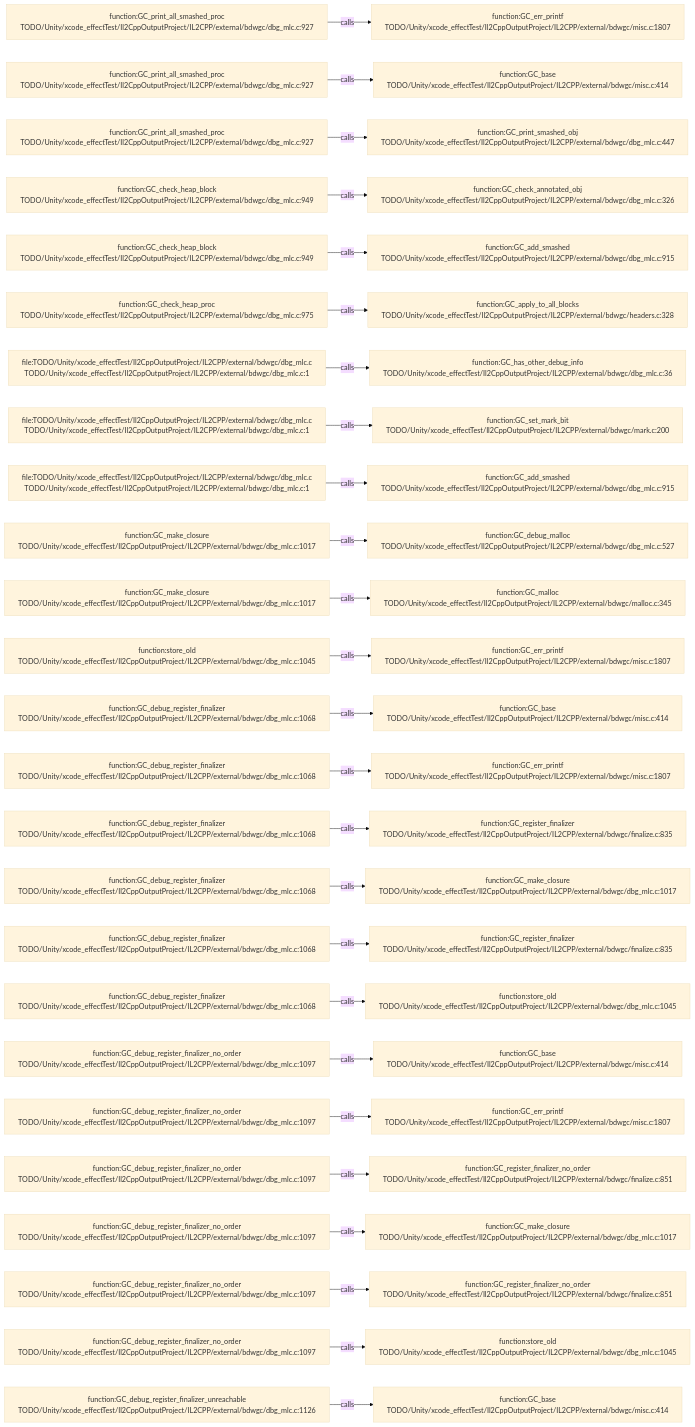
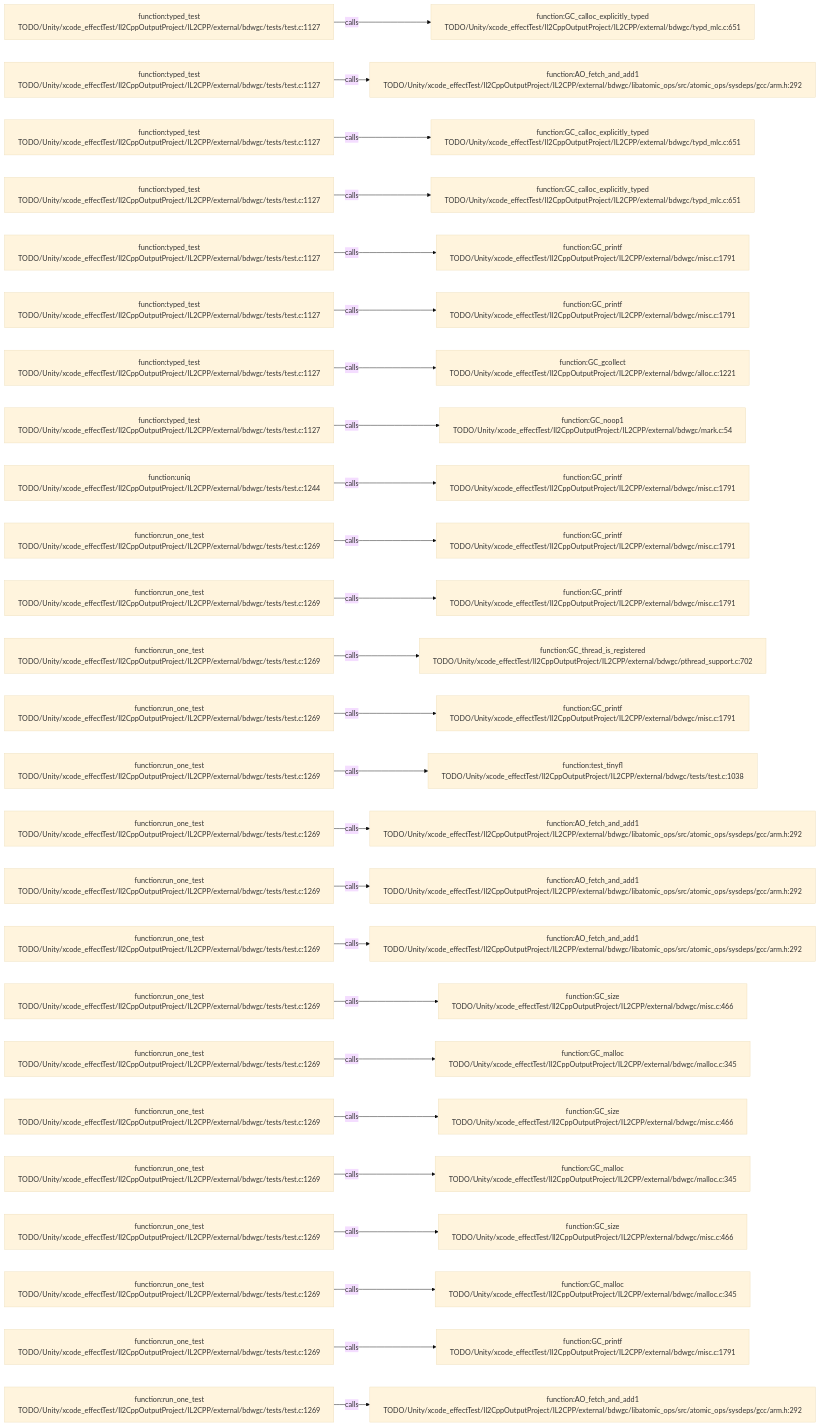
One commit to JobsKits/JobsSwiftBaseConfigDemo changed the diagram in .codegraph/codegraph.md/graphs/calls-169.md. Above: the diagram before and after it, drawn with Mermaid (base theme). The commit also changed 227 other files, not shown here.

````diff
--- a/.codegraph/codegraph.md/graphs/calls-169.md
+++ b/.codegraph/codegraph.md/graphs/calls-169.md
@@ -13,78 +13,78 @@
 ```mermaid
 flowchart LR
-  S1["function:GC_print_all_smashed_proc<br/>TODO/Unity/xcode_effectTest/Il2CppOutputProject/IL2CPP/external/bdwgc/dbg_mlc.c:927"]
-  T1["function:GC_err_printf<br/>TODO/Unity/xcode_effectTest/Il2CppOutputProject/IL2CPP/external/bdwgc/misc.c:1807"]
+  S1["function:typed_test<br/>TODO/Unity/xcode_effectTest/Il2CppOutputProject/IL2CPP/external/bdwgc/tests/test.c:1127"]
+  T1["function:GC_calloc_explicitly_typed<br/>TODO/Unity/xcode_effectTest/Il2CppOutputProject/IL2CPP/external/bdwgc/typd_mlc.c:651"]
   S1 -->|calls| T1
-  S2["function:GC_print_all_smashed_proc<br/>TODO/Unity/xcode_effectTest/Il2CppOutputProject/IL2CPP/external/bdwgc/dbg_mlc.c:927"]
-  T2["function:GC_base<br/>TODO/Unity/xcode_effectTest/Il2CppOutputProject/IL2CPP/external/bdwgc/misc.c:414"]
+  S2["function:typed_test<br/>TODO/Unity/xcode_effectTest/Il2CppOutputProject/IL2CPP/external/bdwgc/tests/test.c:1127"]
+  T2["function:AO_fetch_and_add1<br/>TODO/Unity/xcode_effectTest/Il2CppOutputProject/IL2CPP/external/bdwgc/libatomic_ops/src/atomic_ops/sysdeps/gcc/arm.h:292"]
   S2 -->|calls| T2
-  S3["function:GC_print_all_smashed_proc<br/>TODO/Unity/xcode_effectTest/Il2CppOutputProject/IL2CPP/external/bdwgc/dbg_mlc.c:927"]
-  T3["function:GC_print_smashed_obj<br/>TODO/Unity/xcode_effectTest/Il2CppOutputProject/IL2CPP/external/bdwgc/dbg_mlc.c:447"]
+  S3["function:typed_test<br/>TODO/Unity/xcode_effectTest/Il2CppOutputProject/IL2CPP/external/bdwgc/tests/test.c:1127"]
+  T3["function:GC_calloc_explicitly_typed<br/>TODO/Unity/xcode_effectTest/Il2CppOutputProject/IL2CPP/external/bdwgc/typd_mlc.c:651"]
   S3 -->|calls| T3
-  S4["function:GC_check_heap_block<br/>TODO/Unity/xcode_effectTest/Il2CppOutputProject/IL2CPP/external/bdwgc/dbg_mlc.c:949"]
-  T4["function:GC_check_annotated_obj<br/>TODO/Unity/xcode_effectTest/Il2CppOutputProject/IL2CPP/external/bdwgc/dbg_mlc.c:326"]
+  S4["function:typed_test<br/>TODO/Unity/xcode_effectTest/Il2CppOutputProject/IL2CPP/external/bdwgc/tests/test.c:1127"]
+  T4["function:GC_calloc_explicitly_typed<br/>TODO/Unity/xcode_effectTest/Il2CppOutputProject/IL2CPP/external/bdwgc/typd_mlc.c:651"]
   S4 -->|calls| T4
-  S5["function:GC_check_heap_block<br/>TODO/Unity/xcode_effectTest/Il2CppOutputProject/IL2CPP/external/bdwgc/dbg_mlc.c:949"]
-  T5["function:GC_add_smashed<br/>TODO/Unity/xcode_effectTest/Il2CppOutputProject/IL2CPP/external/bdwgc/dbg_mlc.c:915"]
+  S5["function:typed_test<br/>TODO/Unity/xcode_effectTest/Il2CppOutputProject/IL2CPP/external/bdwgc/tests/test.c:1127"]
+  T5["function:GC_printf<br/>TODO/Unity/xcode_effectTest/Il2CppOutputProject/IL2CPP/external/bdwgc/misc.c:1791"]
   S5 -->|calls| T5
-  S6["function:GC_check_heap_proc<br/>TODO/Unity/xcode_effectTest/Il2CppOutputProject/IL2CPP/external/bdwgc/dbg_mlc.c:975"]
-  T6["function:GC_apply_to_all_blocks<br/>TODO/Unity/xcode_effectTest/Il2CppOutputProject/IL2CPP/external/bdwgc/headers.c:328"]
+  S6["function:typed_test<br/>TODO/Unity/xcode_effectTest/Il2CppOutputProject/IL2CPP/external/bdwgc/tests/test.c:1127"]
+  T6["function:GC_printf<br/>TODO/Unity/xcode_effectTest/Il2CppOutputProject/IL2CPP/external/bdwgc/misc.c:1791"]
   S6 -->|calls| T6
-  S7["file:TODO/Unity/xcode_effectTest/Il2CppOutputProject/IL2CPP/external/bdwgc/dbg_mlc.c<br/>TODO/Unity/xcode_effectTest/Il2CppOutputProject/IL2CPP/external/bdwgc/dbg_mlc.c:1"]
-  T7["function:GC_has_other_debug_info<br/>TODO/Unity/xcode_effectTest/Il2CppOutputProject/IL2CPP/external/bdwgc/dbg_mlc.c:36"]
+  S7["function:typed_test<br/>TODO/Unity/xcode_effectTest/Il2CppOutputProject/IL2CPP/external/bdwgc/tests/test.c:1127"]
+  T7["function:GC_gcollect<br/>TODO/Unity/xcode_effectTest/Il2CppOutputProject/IL2CPP/external/bdwgc/alloc.c:1221"]
   S7 -->|calls| T7
-  S8["file:TODO/Unity/xcode_effectTest/Il2CppOutputProject/IL2CPP/external/bdwgc/dbg_mlc.c<br/>TODO/Unity/xcode_effectTest/Il2CppOutputProject/IL2CPP/external/bdwgc/dbg_mlc.c:1"]
-  T8["function:GC_set_mark_bit<br/>TODO/Unity/xcode_effectTest/Il2CppOutputProject/IL2CPP/external/bdwgc/mark.c:200"]
+  S8["function:typed_test<br/>TODO/Unity/xcode_effectTest/Il2CppOutputProject/IL2CPP/external/bdwgc/tests/test.c:1127"]
+  T8["function:GC_noop1<br/>TODO/Unity/xcode_effectTest/Il2CppOutputProject/IL2CPP/external/bdwgc/mark.c:54"]
   S8 -->|calls| T8
-  S9["file:TODO/Unity/xcode_effectTest/Il2CppOutputProject/IL2CPP/external/bdwgc/dbg_mlc.c<br/>TODO/Unity/xcode_effectTest/Il2CppOutputProject/IL2CPP/external/bdwgc/dbg_mlc.c:1"]
-  T9["function:GC_add_smashed<br/>TODO/Unity/xcode_effectTest/Il2CppOutputProject/IL2CPP/external/bdwgc/dbg_mlc.c:915"]
+  S9["function:uniq<br/>TODO/Unity/xcode_effectTest/Il2CppOutputProject/IL2CPP/external/bdwgc/tests/test.c:1244"]
+  T9["function:GC_printf<br/>TODO/Unity/xcode_effectTest/Il2CppOutputProject/IL2CPP/external/bdwgc/misc.c:1791"]
   S9 -->|calls| T9
-  S10["function:GC_make_closure<br/>TODO/Unity/xcode_effectTest/Il2CppOutputProject/IL2CPP/external/bdwgc/dbg_mlc.c:1017"]
-  T10["function:GC_debug_malloc<br/>TODO/Unity/xcode_effectTest/Il2CppOutputProject/IL2CPP/external/bdwgc/dbg_mlc.c:527"]
+  S10["function:run_one_test<br/>TODO/Unity/xcode_effectTest/Il2CppOutputProject/IL2CPP/external/bdwgc/tests/test.c:1269"]
+  T10["function:GC_printf<br/>TODO/Unity/xcode_effectTest/Il2CppOutputProject/IL2CPP/external/bdwgc/misc.c:1791"]
   S10 -->|calls| T10
-  S11["function:GC_make_closure<br/>TODO/Unity/xcode_effectTest/Il2CppOutputProject/IL2CPP/external/bdwgc/dbg_mlc.c:1017"]
-  T11["function:GC_malloc<br/>TODO/Unity/xcode_effectTest/Il2CppOutputProject/IL2CPP/external/bdwgc/malloc.c:345"]
+  S11["function:run_one_test<br/>TODO/Unity/xcode_effectTest/Il2CppOutputProject/IL2CPP/external/bdwgc/tests/test.c:1269"]
+  T11["function:GC_printf<br/>TODO/Unity/xcode_effectTest/Il2CppOutputProject/IL2CPP/external/bdwgc/misc.c:1791"]
   S11 -->|calls| T11
-  S12["function:store_old<br/>TODO/Unity/xcode_effectTest/Il2CppOutputProject/IL2CPP/external/bdwgc/dbg_mlc.c:1045"]
-  T12["function:GC_err_printf<br/>TODO/Unity/xcode_effectTest/Il2CppOutputProject/IL2CPP/external/bdwgc/misc.c:1807"]
+  S12["function:run_one_test<br/>TODO/Unity/xcode_effectTest/Il2CppOutputProject/IL2CPP/external/bdwgc/tests/test.c:1269"]
+  T12["function:GC_thread_is_registered<br/>TODO/Unity/xcode_effectTest/Il2CppOutputProject/IL2CPP/external/bdwgc/pthread_support.c:702"]
   S12 -->|calls| T12
-  S13["function:GC_debug_register_finalizer<br/>TODO/Unity/xcode_effectTest/Il2CppOutputProject/IL2CPP/external/bdwgc/dbg_mlc.c:1068"]
-  T13["function:GC_base<br/>TODO/Unity/xcode_effectTest/Il2CppOutputProject/IL2CPP/external/bdwgc/misc.c:414"]
+  S13["function:run_one_test<br/>TODO/Unity/xcode_effectTest/Il2CppOutputProject/IL2CPP/external/bdwgc/tests/test.c:1269"]
+  T13["function:GC_printf<br/>TODO/Unity/xcode_effectTest/Il2CppOutputProject/IL2CPP/external/bdwgc/misc.c:1791"]
   S13 -->|calls| T13
-  S14["function:GC_debug_register_finalizer<br/>TODO/Unity/xcode_effectTest/Il2CppOutputProject/IL2CPP/external/bdwgc/dbg_mlc.c:1068"]
-  T14["function:GC_err_printf<br/>TODO/Unity/xcode_effectTest/Il2CppOutputProject/IL2CPP/external/bdwgc/misc.c:1807"]
+  S14["function:run_one_test<br/>TODO/Unity/xcode_effectTest/Il2CppOutputProject/IL2CPP/external/bdwgc/tests/test.c:1269"]
+  T14["function:test_tinyfl<br/>TODO/Unity/xcode_effectTest/Il2CppOutputProject/IL2CPP/external/bdwgc/tests/test.c:1038"]
   S14 -->|calls| T14
-  S15["function:GC_debug_register_finalizer<br/>TODO/Unity/xcode_effectTest/Il2CppOutputProject/IL2CPP/external/bdwgc/dbg_mlc.c:1068"]
-  T15["function:GC_register_finalizer<br/>TODO/Unity/xcode_effectTest/Il2CppOutputProject/IL2CPP/external/bdwgc/finalize.c:835"]
+  S15["function:run_one_test<br/>TODO/Unity/xcode_effectTest/Il2CppOutputProject/IL2CPP/external/bdwgc/tests/test.c:1269"]
+  T15["function:AO_fetch_and_add1<br/>TODO/Unity/xcode_effectTest/Il2CppOutputProject/IL2CPP/external/bdwgc/libatomic_ops/src/atomic_ops/sysdeps/gcc/arm.h:292"]
   S15 -->|calls| T15
-  S16["function:GC_debug_register_finalizer<br/>TODO/Unity/xcode_effectTest/Il2CppOutputProject/IL2CPP/external/bdwgc/dbg_mlc.c:1068"]
-  T16["function:GC_make_closure<br/>TODO/Unity/xcode_effectTest/Il2CppOutputProject/IL2CPP/external/bdwgc/dbg_mlc.c:1017"]
+  S16["function:run_one_test<br/>TODO/Unity/xcode_effectTest/Il2CppOutputProject/IL2CPP/external/bdwgc/tests/test.c:1269"]
+  T16["function:AO_fetch_and_add1<br/>TODO/Unity/xcode_effectTest/Il2CppOutputProject/IL2CPP/external/bdwgc/libatomic_ops/src/atomic_ops/sysdeps/gcc/arm.h:292"]
   S16 -->|calls| T16
-  S17["function:GC_debug_register_finalizer<br/>TODO/Unity/xcode_effectTest/Il2CppOutputProject/IL2CPP/external/bdwgc/dbg_mlc.c:1068"]
-  T17["function:GC_register_finalizer<br/>TODO/Unity/xcode_effectTest/Il2CppOutputProject/IL2CPP/external/bdwgc/finalize.c:835"]
+  S17["function:run_one_test<br/>TODO/Unity/xcode_effectTest/Il2CppOutputProject/IL2CPP/external/bdwgc/tests/test.c:1269"]
+  T17["function:AO_fetch_and_add1<br/>TODO/Unity/xcode_effectTest/Il2CppOutputProject/IL2CPP/external/bdwgc/libatomic_ops/src/atomic_ops/sysdeps/gcc/arm.h:292"]
   S17 -->|calls| T17
-  S18["function:GC_debug_register_finalizer<br/>TODO/Unity/xcode_effectTest/Il2CppOutputProject/IL2CPP/external/bdwgc/dbg_mlc.c:1068"]
-  T18["function:store_old<br/>TODO/Unity/xcode_effectTest/Il2CppOutputProject/IL2CPP/external/bdwgc/dbg_mlc.c:1045"]
+  S18["function:run_one_test<br/>TODO/Unity/xcode_effectTest/Il2CppOutputProject/IL2CPP/external/bdwgc/tests/test.c:1269"]
+  T18["function:GC_size<br/>TODO/Unity/xcode_effectTest/Il2CppOutputProject/IL2CPP/external/bdwgc/misc.c:466"]
   S18 -->|calls| T18
-  S19["function:GC_debug_register_finalizer_no_order<br/>TODO/Unity/xcode_effectTest/Il2CppOutputProject/IL2CPP/external/bdwgc/dbg_mlc.c:1097"]
-  T19["function:GC_base<br/>TODO/Unity/xcode_effectTest/Il2CppOutputProject/IL2CPP/external/bdwgc/misc.c:414"]
+  S19["function:run_one_test<br/>TODO/Unity/xcode_effectTest/Il2CppOutputProject/IL2CPP/external/bdwgc/tests/test.c:1269"]
+  T19["function:GC_malloc<br/>TODO/Unity/xcode_effectTest/Il2CppOutputProject/IL2CPP/external/bdwgc/malloc.c:345"]
   S19 -->|calls| T19
-  S20["function:GC_debug_register_finalizer_no_order<br/>TODO/Unity/xcode_effectTest/Il2CppOutputProject/IL2CPP/external/bdwgc/dbg_mlc.c:1097"]
-  T20["function:GC_err_printf<br/>TODO/Unity/xcode_effectTest/Il2CppOutputProject/IL2CPP/external/bdwgc/misc.c:1807"]
+  S20["function:run_one_test<br/>TODO/Unity/xcode_effectTest/Il2CppOutputProject/IL2CPP/external/bdwgc/tests/test.c:1269"]
+  T20["function:GC_size<br/>TODO/Unity/xcode_effectTest/Il2CppOutputProject/IL2CPP/external/bdwgc/misc.c:466"]
   S20 -->|calls| T20
-  S21["function:GC_debug_register_finalizer_no_order<br/>TODO/Unity/xcode_effectTest/Il2CppOutputProject/IL2CPP/external/bdwgc/dbg_mlc.c:1097"]
-  T21["function:GC_register_finalizer_no_order<br/>TODO/Unity/xcode_effectTest/Il2CppOutputProject/IL2CPP/external/bdwgc/finalize.c:851"]
+  S21["function:run_one_test<br/>TODO/Unity/xcode_effectTest/Il2CppOutputProject/IL2CPP/external/bdwgc/tests/test.c:1269"]
+  T21["function:GC_malloc<br/>TODO/Unity/xcode_effectTest/Il2CppOutputProject/IL2CPP/external/bdwgc/malloc.c:345"]
   S21 -->|calls| T21
-  S22["function:GC_debug_register_finalizer_no_order<br/>TODO/Unity/xcode_effectTest/Il2CppOutputProject/IL2CPP/external/bdwgc/dbg_mlc.c:1097"]
-  T22["function:GC_make_closure<br/>TODO/Unity/xcode_effectTest/Il2CppOutputProject/IL2CPP/external/bdwgc/dbg_mlc.c:1017"]
+  S22["function:run_one_test<br/>TODO/Unity/xcode_effectTest/Il2CppOutputProject/IL2CPP/external/bdwgc/tests/test.c:1269"]
+  T22["function:GC_size<br/>TODO/Unity/xcode_effectTest/Il2CppOutputProject/IL2CPP/external/bdwgc/misc.c:466"]
   S22 -->|calls| T22
-  S23["function:GC_debug_register_finalizer_no_order<br/>TODO/Unity/xcode_effectTest/Il2CppOutputProject/IL2CPP/external/bdwgc/dbg_mlc.c:1097"]
-  T23["function:GC_register_finalizer_no_order<br/>TODO/Unity/xcode_effectTest/Il2CppOutputProject/IL2CPP/external/bdwgc/finalize.c:851"]
+  S23["function:run_one_test<br/>TODO/Unity/xcode_effectTest/Il2CppOutputProject/IL2CPP/external/bdwgc/tests/test.c:1269"]
+  T23["function:GC_malloc<br/>TODO/Unity/xcode_effectTest/Il2CppOutputProject/IL2CPP/external/bdwgc/malloc.c:345"]
   S23 -->|calls| T23
-  S24["function:GC_debug_register_finalizer_no_order<br/>TODO/Unity/xcode_effectTest/Il2CppOutputProject/IL2CPP/external/bdwgc/dbg_mlc.c:1097"]
-  T24["function:store_old<br/>TODO/Unity/xcode_effectTest/Il2CppOutputProject/IL2CPP/external/bdwgc/dbg_mlc.c:1045"]
+  S24["function:run_one_test<br/>TODO/Unity/xcode_effectTest/Il2CppOutputProject/IL2CPP/external/bdwgc/tests/test.c:1269"]
+  T24["function:GC_printf<br/>TODO/Unity/xcode_effectTest/Il2CppOutputProject/IL2CPP/external/bdwgc/misc.c:1791"]
   S24 -->|calls| T24
-  S25["function:GC_debug_register_finalizer_unreachable<br/>TODO/Unity/xcode_effectTest/Il2CppOutputProject/IL2CPP/external/bdwgc/dbg_mlc.c:1126"]
-  T25["function:GC_base<br/>TODO/Unity/xcode_effectTest/Il2CppOutputProject/IL2CPP/external/bdwgc/misc.c:414"]
+  S25["function:run_one_test<br/>TODO/Unity/xcode_effectTest/Il2CppOutputProject/IL2CPP/external/bdwgc/tests/test.c:1269"]
+  T25["function:AO_fetch_and_add1<br/>TODO/Unity/xcode_effectTest/Il2CppOutputProject/IL2CPP/external/bdwgc/libatomic_ops/src/atomic_ops/sysdeps/gcc/arm.h:292"]
   S25 -->|calls| T25
 ```
````
